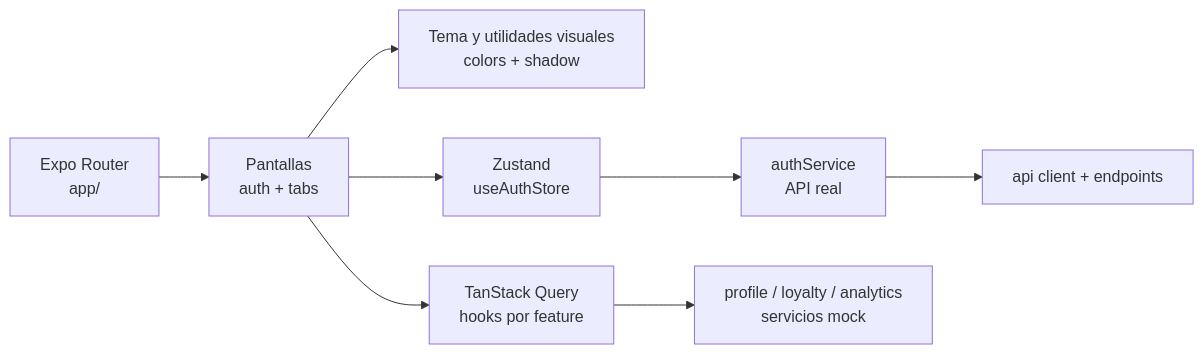
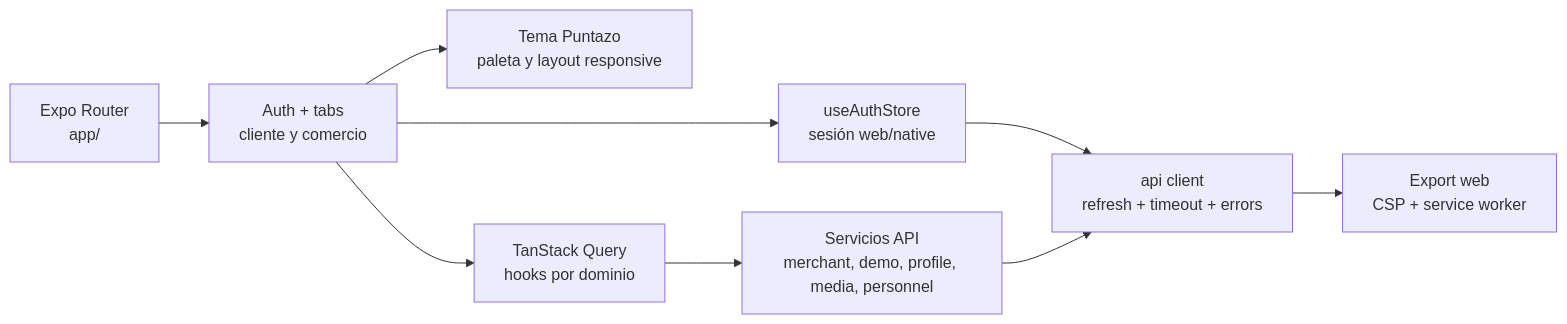
Before and after one commit to gagonzalez1/puntazo-docs: the diagram in docs/architecture/03-frontend-components.md, drawn with Mermaid. The commit also changed other lines of this file and 4 other files, not shown here.

Commit message:
docs(architecture): map implemented release containers

````diff
--- a/docs/architecture/03-frontend-components.md
+++ b/docs/architecture/03-frontend-components.md
@@ -16,23 +15,28 @@
 ```mermaid
 flowchart LR
-    ROUTER["Expo Router\napp/"]
-    SCREENS["Pantallas\nauth + tabs"]
-    THEME["Tema y utilidades visuales\ncolors + shadow"]
-    STORE["Zustand\nuseAuthStore"]
-    QUERY["TanStack Query\nhooks por feature"]
-    REAL["authService\nAPI real"]
-    MOCK["profile / loyalty / analytics\nservicios mock"]
-    HTTP["api client + endpoints"]
+    ROUTER["Expo Router
+app/"]
+    SCREENS["Auth + tabs
+cliente y comercio"]
+    THEME["Tema Puntazo
+paleta y layout responsive"]
+    AUTH["useAuthStore
+sesión web/native"]
+    QUERY["TanStack Query
+hooks por dominio"]
+    SERVICES["Servicios API
+merchant, demo, profile, media, personnel"]
+    HTTP["api client
+refresh + timeout + errors"]
+    PWA["Export web
+CSP + service worker"]
 
     ROUTER --> SCREENS
     SCREENS --> THEME
-    SCREENS --> STORE
+    SCREENS --> AUTH
     SCREENS --> QUERY
-    STORE --> REAL
-    QUERY --> MOCK
-    REAL --> HTTP
-
-    click SCREENS href "#/frontend-flows" "Ver flujos por pantalla"
-    click STORE href "#/flow-auth" "Ver autenticación"
-    click MOCK href "#/implementation-gaps" "Ver brechas"
+    QUERY --> SERVICES
+    AUTH --> HTTP
+    SERVICES --> HTTP
+    HTTP --> PWA
 ```
````
